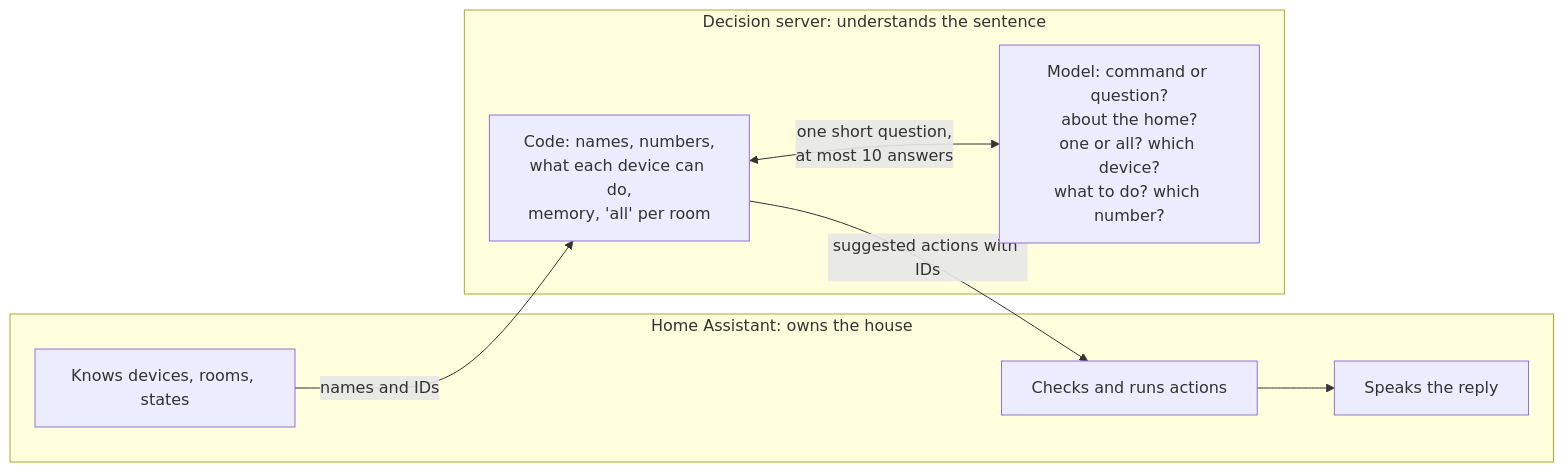
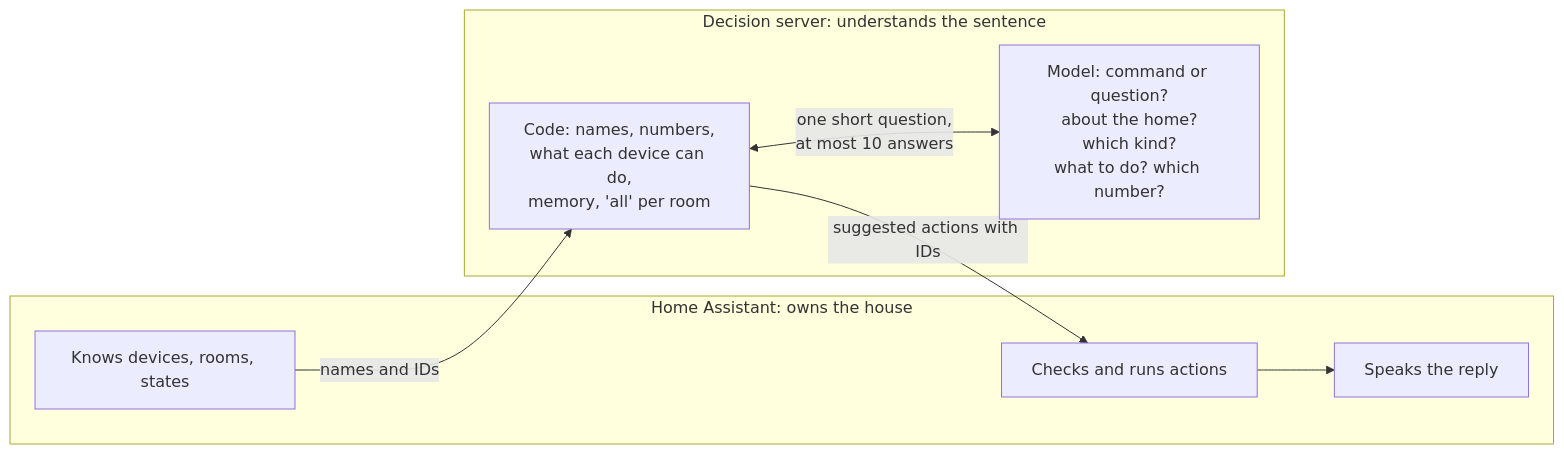
Before and after one commit to d00kIe/assist-decider: the fifth of 5 diagrams in HOW-IT-WORKS.md, drawn with Mermaid. The commit also changed other lines of this file and 18 other files, not shown here.

````diff
--- a/HOW-IT-WORKS.md
+++ b/HOW-IT-WORKS.md
@@ -395,16 +409,16 @@
 ```mermaid
 flowchart LR
     subgraph HA["Home Assistant: owns the house"]
         H1["Knows devices, rooms, states"]
         H2["Checks and runs actions"]
         H3["Speaks the reply"]
     end
     subgraph SRV["Decision server: understands the sentence"]
         S1["Code: names, numbers,<br/>what each device can do,<br/>memory, 'all' per room"]
-        S2["Model: command or question?<br/>about the home?<br/>one or all? which device?<br/>what to do? which number?"]
+        S2["Model: command or question?<br/>about the home?<br/>which kind?<br/>what to do? which number?"]
     end
     H1 -- "names and IDs" --> S1
     S1 <-->|"one short question,<br/>at most 10 answers"| S2
     S1 -- "suggested actions with IDs" --> H2
     H2 --> H3
 ```
````
